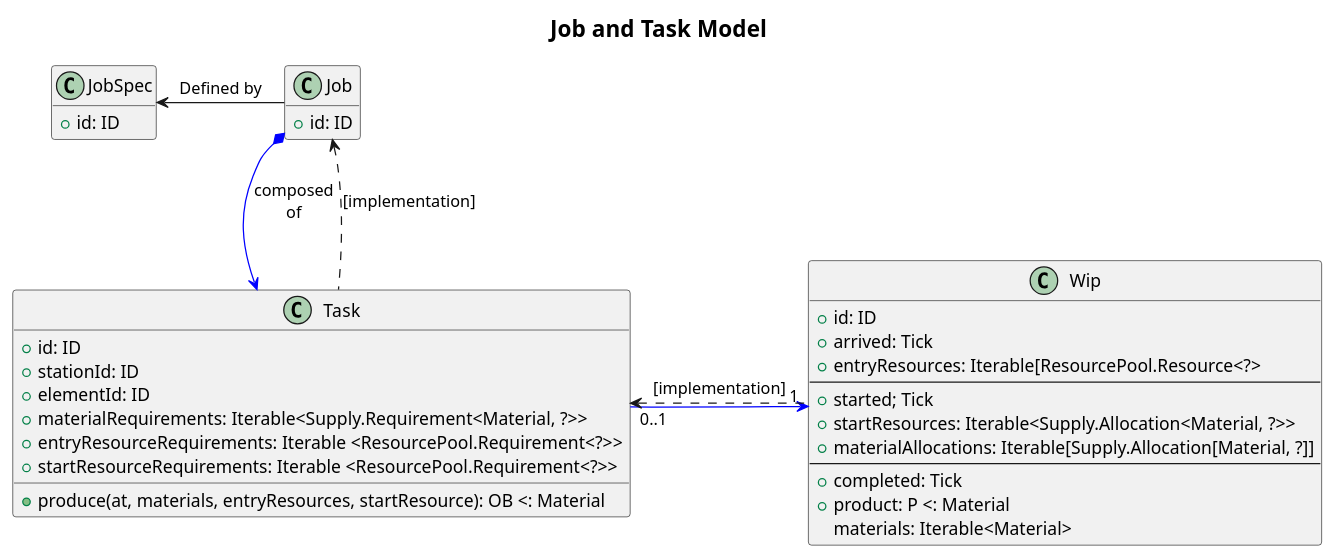
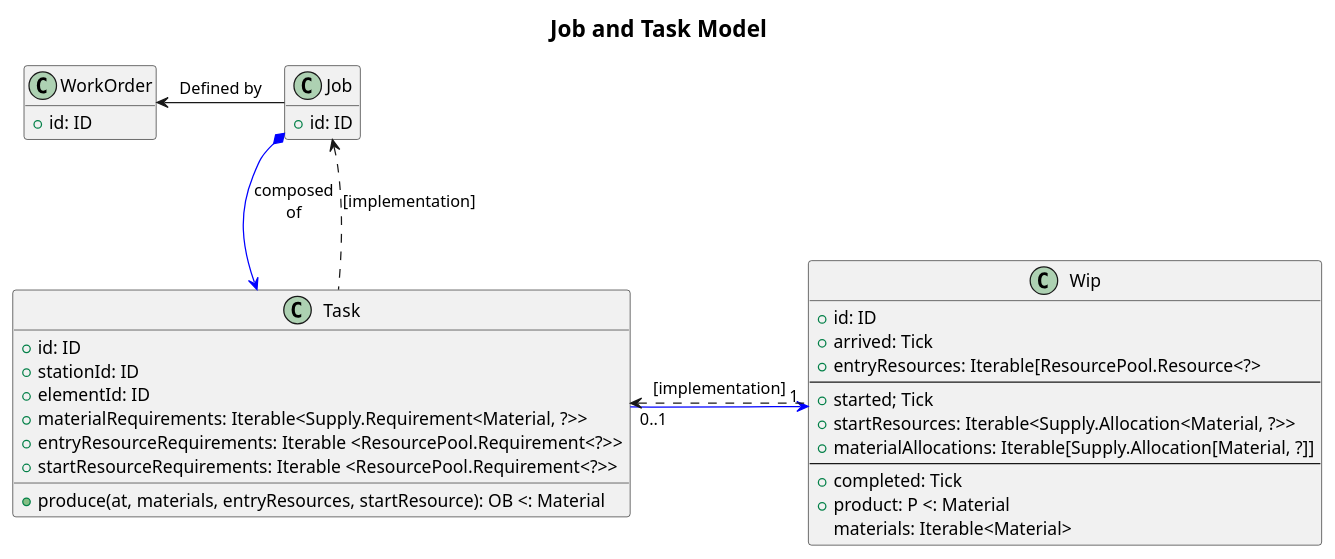
The first of 3 diagrams in docs/contents/job_task_CD.puml (Saldubatech/scala3-sample), drawn with PlantUML before and after one commit. The commit also changed other lines of this file and 45 other files, not shown here.

```diff
--- a/docs/contents/job_task_CD.puml
+++ b/docs/contents/job_task_CD.puml
@@ -1,50 +1,49 @@
 @startuml
 title
 = Job and Task Model
 end title
 
 hide empty members
 
 
-
-class JobSpec {
+class WorkOrder {
   +id: ID
 }
 
 class Job {
   +id: ID
 }
 
 class Task {
   +id: ID
   +stationId: ID
   +elementId: ID
   +materialRequirements: Iterable<Supply.Requirement<Material, ?>>
   +entryResourceRequirements: Iterable <ResourcePool.Requirement<?>>
   +startResourceRequirements: Iterable <ResourcePool.Requirement<?>>
   +produce(at, materials, entryResources, startResource): OB <: Material
 }
 
 class Wip {
   +id: ID
   +arrived: Tick
   +entryResources: Iterable[ResourcePool.Resource<?>
   --
   +started; Tick
   +startResources: Iterable<Supply.Allocation<Material, ?>>
   +materialAllocations: Iterable[Supply.Allocation[Material, ?]]
   --
   +completed: Tick
   +product: P <: Material
   materials: Iterable<Material>
 }
 
 Job *-[#blue]-> Task: composed\nof
 Job <.. Task: [implementation]
 
-Job -l-> JobSpec: Defined by
+Job -l-> WorkOrder: Defined by
 
 Task "0..1" -[#blue]> "1" Wip
 Task <.. Wip: [implementation]
 
 @enduml
```
